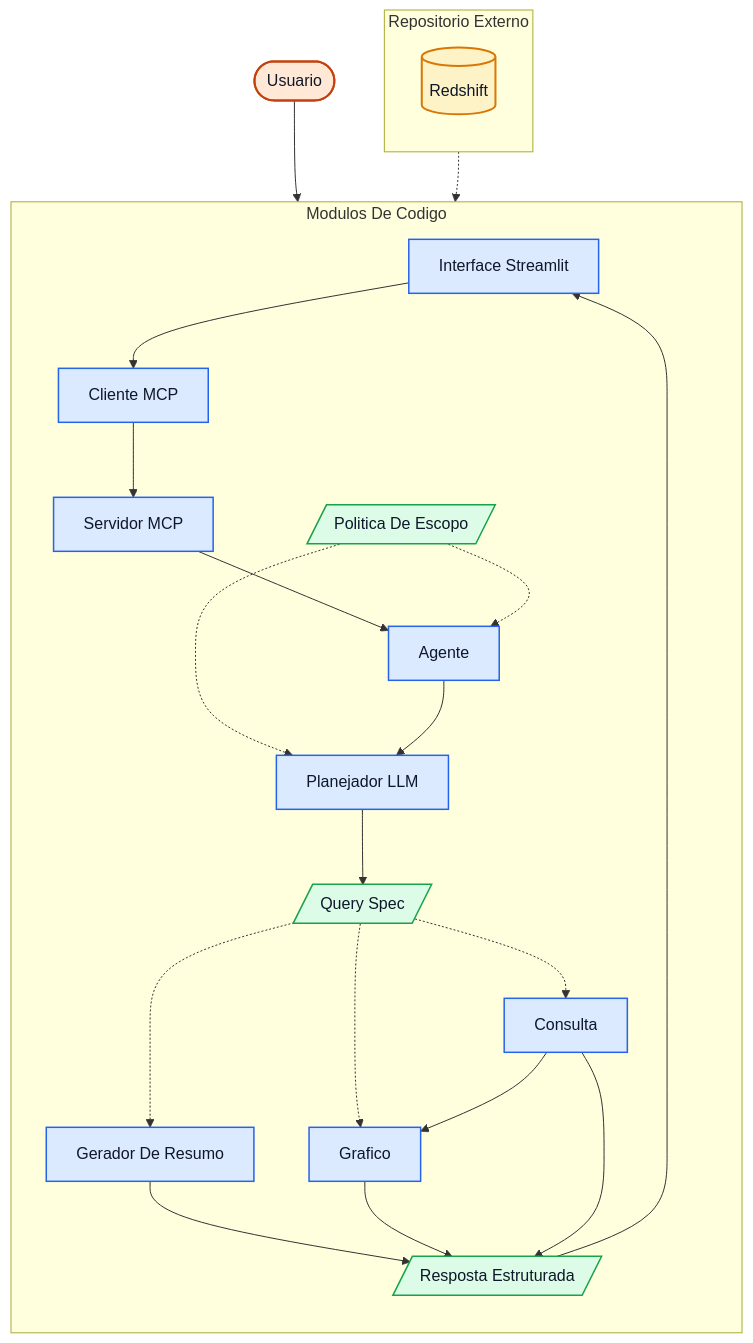
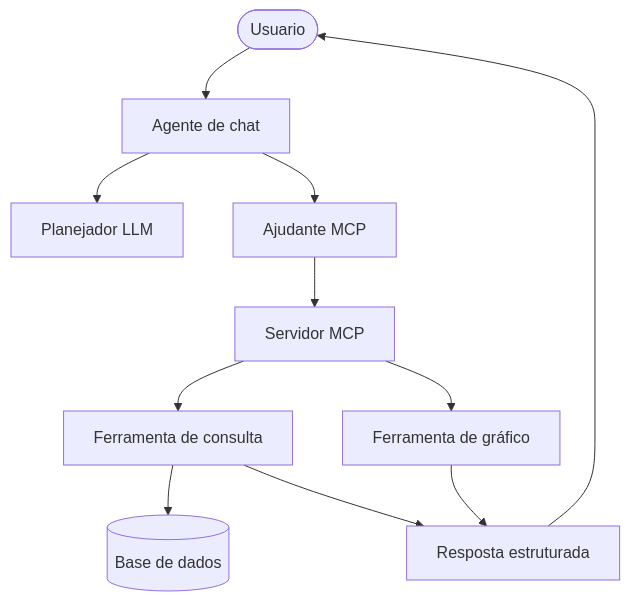
The diagram in REFATORACAO_MCP/README.md (prc992/MCP-SEFAZ-ARRECADACAO), drawn with Mermaid before and after one commit. The commit also changed other lines of this file and 12 other files, not shown here.

Commit message:
Agente de chat (orquestrador) deixa de ser tool MCP

````diff
--- a/REFATORACAO_MCP/README.md
+++ b/REFATORACAO_MCP/README.md
@@ -55,47 +45,13 @@
 ```mermaid
 flowchart TB
-  U([Usuario]):::actor
-
-  subgraph APP[Modulos De Codigo]
-    direction TB
-    UI[Interface Streamlit]:::code
-    C[Cliente MCP]:::code
-    S[Servidor MCP]:::code
-    A[Agente]:::code
-    P[Planejador LLM]:::code
-    SB[Gerador De Resumo]:::code
-    Q[Consulta]:::code
-    CH[Grafico]:::code
-    GP[/Politica De Escopo/]:::data
-    QS[/Query Spec/]:::data
-    R[/Resposta Estruturada/]:::data
-  end
-
-  subgraph EXTERNAL[Repositorio Externo]
-    direction TB
-    D[(Redshift)]:::repo
-  end
-
-  U --> UI
-  UI --> C
-  C --> S
-  S --> A
-  GP -.-> A
-  GP -.-> P
-  A --> P
-  P --> QS
-  QS -.-> Q
-  QS -.-> CH
-  QS -.-> SB
-  D -.-> Q
-  Q --> CH
-  SB --> R
-  CH --> R
-  Q --> R
-  R --> UI
-
-  classDef actor fill:#FFE8D6,stroke:#C2410C,color:#111827,stroke-width:2px;
-  classDef code fill:#DBEAFE,stroke:#2563EB,color:#0F172A,stroke-width:1.5px;
-  classDef data fill:#DCFCE7,stroke:#16A34A,color:#0F172A,stroke-width:1.5px;
-  classDef repo fill:#FEF3C7,stroke:#D97706,color:#0F172A,stroke-width:2px;
+  U([Usuario]) --> A[Agente de chat]
+  A --> P[Planejador LLM]
+  A --> H[Ajudante MCP]
+  H --> S[Servidor MCP]
+  S --> Q[Ferramenta de consulta]
+  S --> G[Ferramenta de gráfico]
+  Q --> D[(Base de dados)]
+  Q --> R[Resposta estruturada]
+  G --> R
+  R --> U
 ```
````
